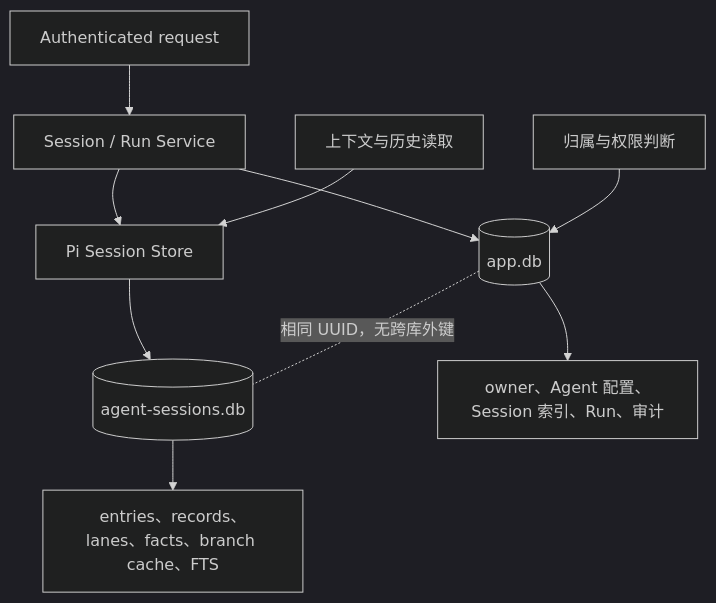
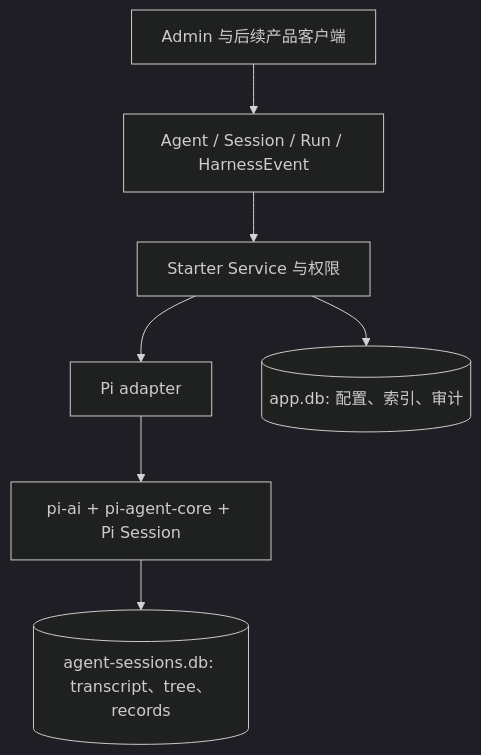
One commit to xidongdong-153/starter changed the third of 3 diagrams in .trellis/tasks/08-17-pi-agent-harness-foundation/design.md. Above: the diagram before and after it, drawn with Mermaid. The commit also changed other lines of this file and 54 other files, not shown here.

Commit message:
docs: split pi agent harness tasks

````diff
--- a/.trellis/tasks/08-17-pi-agent-harness-foundation/design.md
+++ b/.trellis/tasks/08-17-pi-agent-harness-foundation/design.md
@@ -262,15 +74,18 @@
 ```mermaid
 %%{init: {"theme": "dark"}}%%
 flowchart TD
-  Request["Authenticated request"] --> Service["Session / Run Service"]
-  Service --> Main[("app.db")]
-  Service --> PiAdapter["Pi Session Store"]
-  PiAdapter --> PiDB[("agent-sessions.db")]
+  Product["Admin 与后续产品客户端"]
+  Contract["Agent / Session / Run / HarnessEvent"]
+  Service["Starter Service 与权限"]
+  Adapter["Pi adapter"]
+  Pi["pi-ai + pi-agent-core + Pi Session"]
+  MainDB[("app.db: 配置、索引、审计")]
+  PiDB[("agent-sessions.db: transcript、tree、records")]
 
-  Main --> MainData["owner、Agent 配置、Session 索引、Run、审计"]
-  PiDB --> PiData["entries、records、lanes、facts、branch cache、FTS"]
-
-  Guard["归属与权限判断"] --> Main
-  Transcript["上下文与历史读取"] --> PiAdapter
-  Main -. "相同 UUID，无跨库外键" .- PiDB
+  Product --> Contract
+  Contract --> Service
+  Service --> Adapter
+  Adapter --> Pi
+  Service --> MainDB
+  Pi --> PiDB
 ```
````
